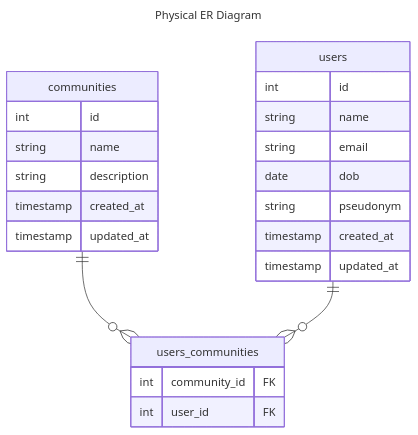
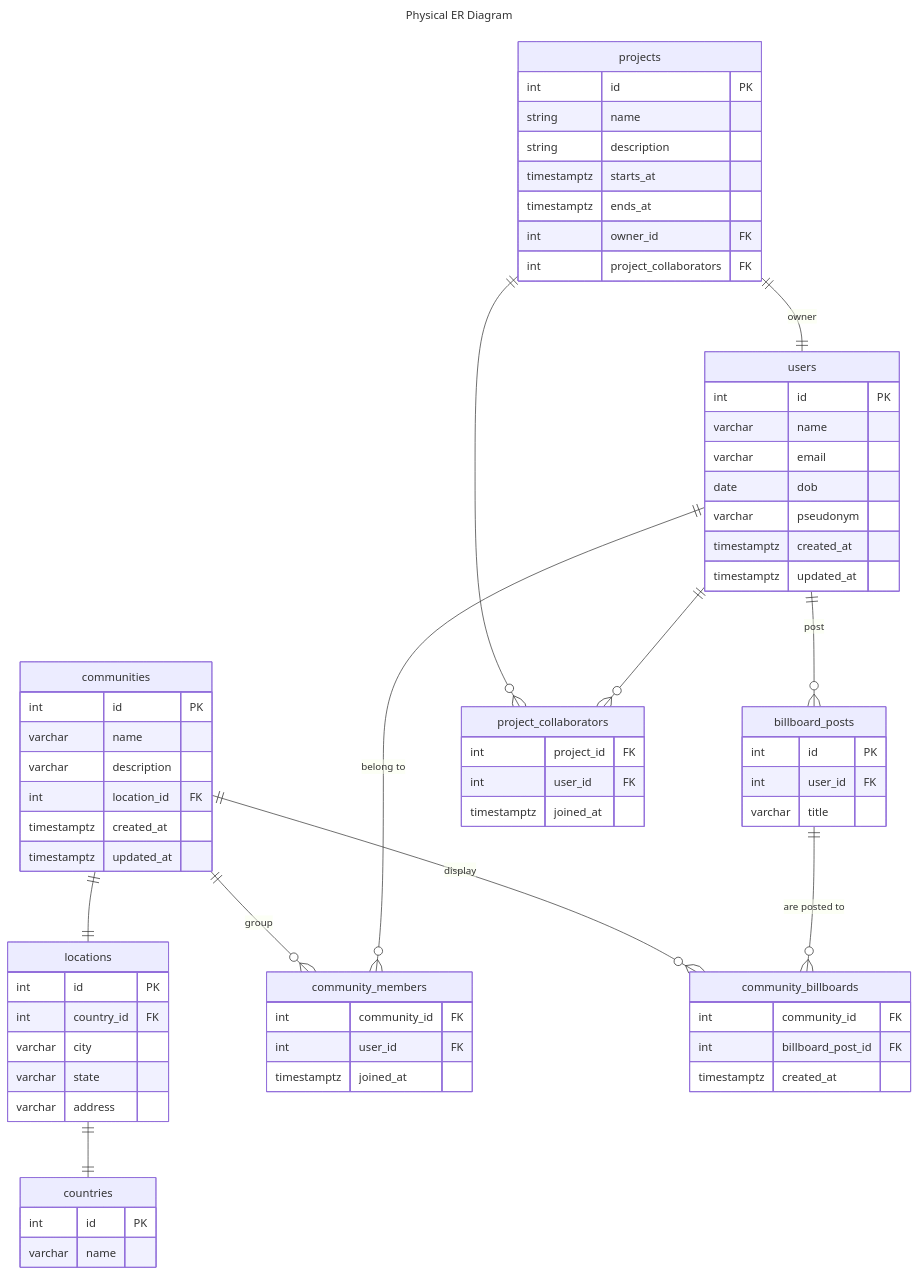
One commit to digivoro/minkoo changed the second of 2 diagrams in data-model.md. Above: the diagram before and after it, drawn with Mermaid. The commit also changed other lines of this file, not shown here.

Commit message:
feat: update data model

````diff
--- a/data-model.md
+++ b/data-model.md
@@ -18,30 +15,78 @@
 ```mermaid
 ---
 title: "Physical ER Diagram"
 ---
 erDiagram
-  communities ||--o{ users_communities : ""
-  users ||--o{ users_communities : ""
-
+  communities ||--|| locations : ""
+  communities ||--o{ community_members : "group"
+  users ||--o{ community_members : "belong to"
+  users ||--o{ billboard_posts : "post"
+  projects ||--o{ project_collaborators : ""
+  projects ||--|| users : "owner"
+  locations ||--|| countries : ""
+  communities ||--o{ community_billboards : "display"
+  billboard_posts ||--o{ community_billboards : "are posted to"
+  users ||--o{ project_collaborators : ""
 
   communities {
-    int id
+    int id PK
+    varchar name
+    varchar description
+    int location_id FK
+    timestamptz created_at
+    timestamptz updated_at
+  }
+  users {
+    int id PK
+    varchar name
+    varchar email
+    date dob
+    varchar pseudonym
+    timestamptz created_at
+    timestamptz updated_at
+  }
+  billboard_posts {
+    int id PK
+    int user_id FK
+    varchar title
+  }
+  projects {
+    int id PK
     string name
     string description
-    timestamp created_at
-    timestamp updated_at
+    timestamptz starts_at
+    timestamptz ends_at
+    int owner_id FK
+    int project_collaborators FK
   }
-  users {
-    int id
-    string name
-    string email
-    date dob
-    string pseudonym
-    timestamp created_at
-    timestamp updated_at
-  }
-  users_communities {
+
+  %% Junction tables
+  community_members {
     int community_id FK
     int user_id FK
+    timestamptz joined_at
+  }
+  community_billboards {
+    int community_id FK
+    int billboard_post_id FK
+    timestamptz created_at
+  }
+  project_collaborators {
+    int project_id FK
+    int user_id FK
+    timestamptz joined_at
+  }
+
+  %% Aux
+  locations {
+    int id PK
+    int country_id FK
+    varchar city
+    varchar state
+    varchar address
+  }
+  countries {
+    int id PK
+    varchar name
   }
 ```
````
